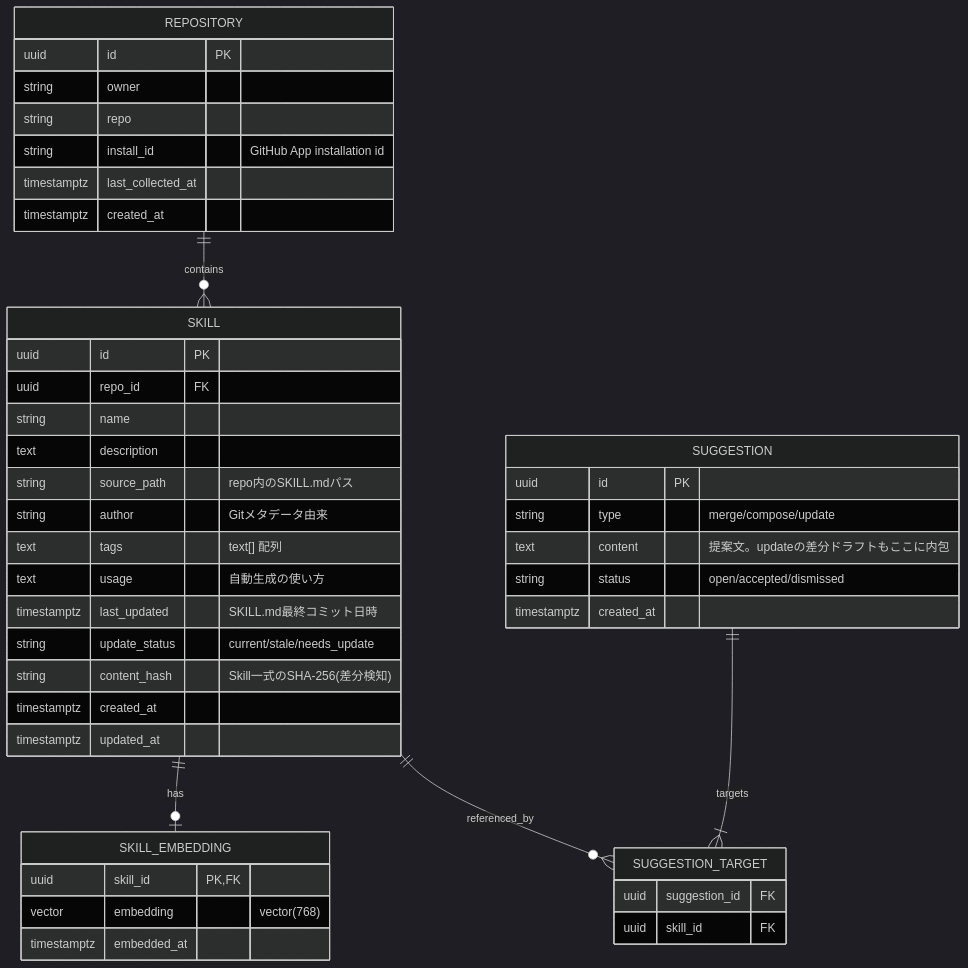
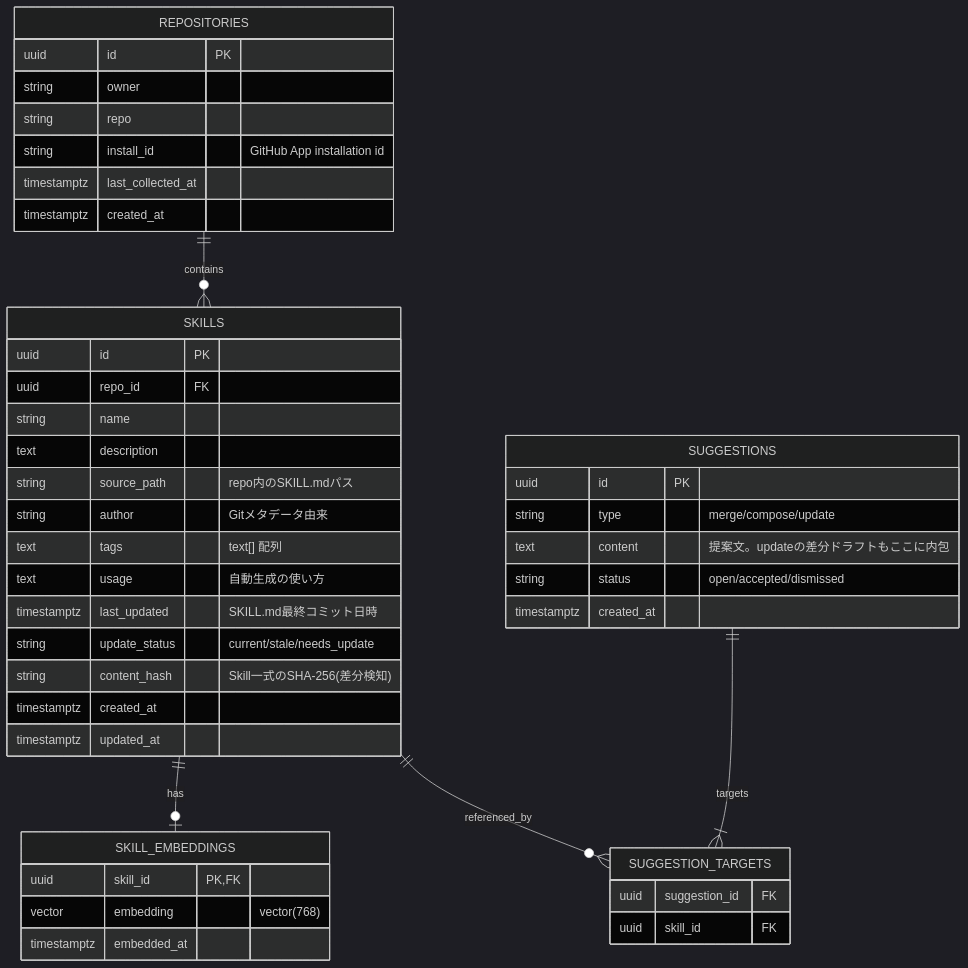
One commit to t-devops-hackathon-2026/SkillsHub changed the diagram in docs/designs/step1/er.md. Above: the diagram before and after it, drawn with Mermaid (dark theme). The commit also changed other lines of this file, not shown here.

First line of the commit message:
🔤 ER 図のテーブル名を複数形に統一

````diff
--- a/docs/designs/step1/er.md
+++ b/docs/designs/step1/er.md
@@ -5,47 +5,47 @@
 ```mermaid
 erDiagram
-    REPOSITORY ||--o{ SKILL : contains
-    SKILL ||--o| SKILL_EMBEDDING : has
-    SKILL ||--o{ SUGGESTION_TARGET : referenced_by
-    SUGGESTION ||--|{ SUGGESTION_TARGET : targets
+    REPOSITORIES ||--o{ SKILLS : contains
+    SKILLS ||--o| SKILL_EMBEDDINGS : has
+    SKILLS ||--o{ SUGGESTION_TARGETS : referenced_by
+    SUGGESTIONS ||--|{ SUGGESTION_TARGETS : targets
 
-    REPOSITORY {
+    REPOSITORIES {
         uuid id PK
         string owner
         string repo
         string install_id "GitHub App installation id"
         timestamptz last_collected_at
         timestamptz created_at
     }
-    SKILL {
+    SKILLS {
         uuid id PK
         uuid repo_id FK
         string name
         text description
         string source_path "repo内のSKILL.mdパス"
         string author "Gitメタデータ由来"
         text tags "text[] 配列"
         text usage "自動生成の使い方"
         timestamptz last_updated "SKILL.md最終コミット日時"
         string update_status "current/stale/needs_update"
         string content_hash "Skill一式のSHA-256(差分検知)"
         timestamptz created_at
         timestamptz updated_at
     }
-    SKILL_EMBEDDING {
+    SKILL_EMBEDDINGS {
         uuid skill_id PK, FK
         vector embedding "vector(768)"
         timestamptz embedded_at
     }
-    SUGGESTION {
+    SUGGESTIONS {
         uuid id PK
         string type "merge/compose/update"
         text content "提案文。updateの差分ドラフトもここに内包"
         string status "open/accepted/dismissed"
         timestamptz created_at
     }
-    SUGGESTION_TARGET {
+    SUGGESTION_TARGETS {
         uuid suggestion_id FK
         uuid skill_id FK
     }
 ```
````
